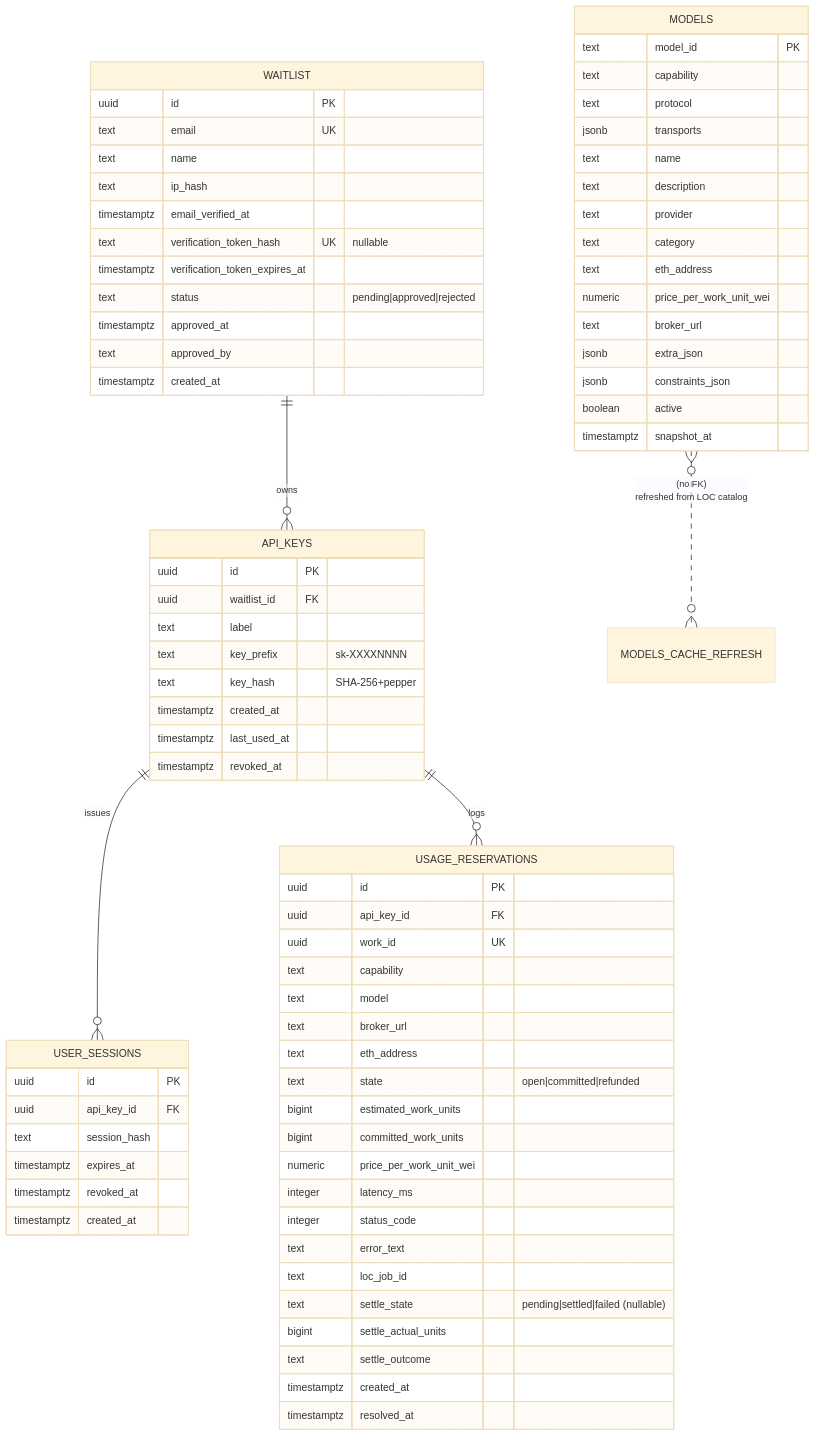
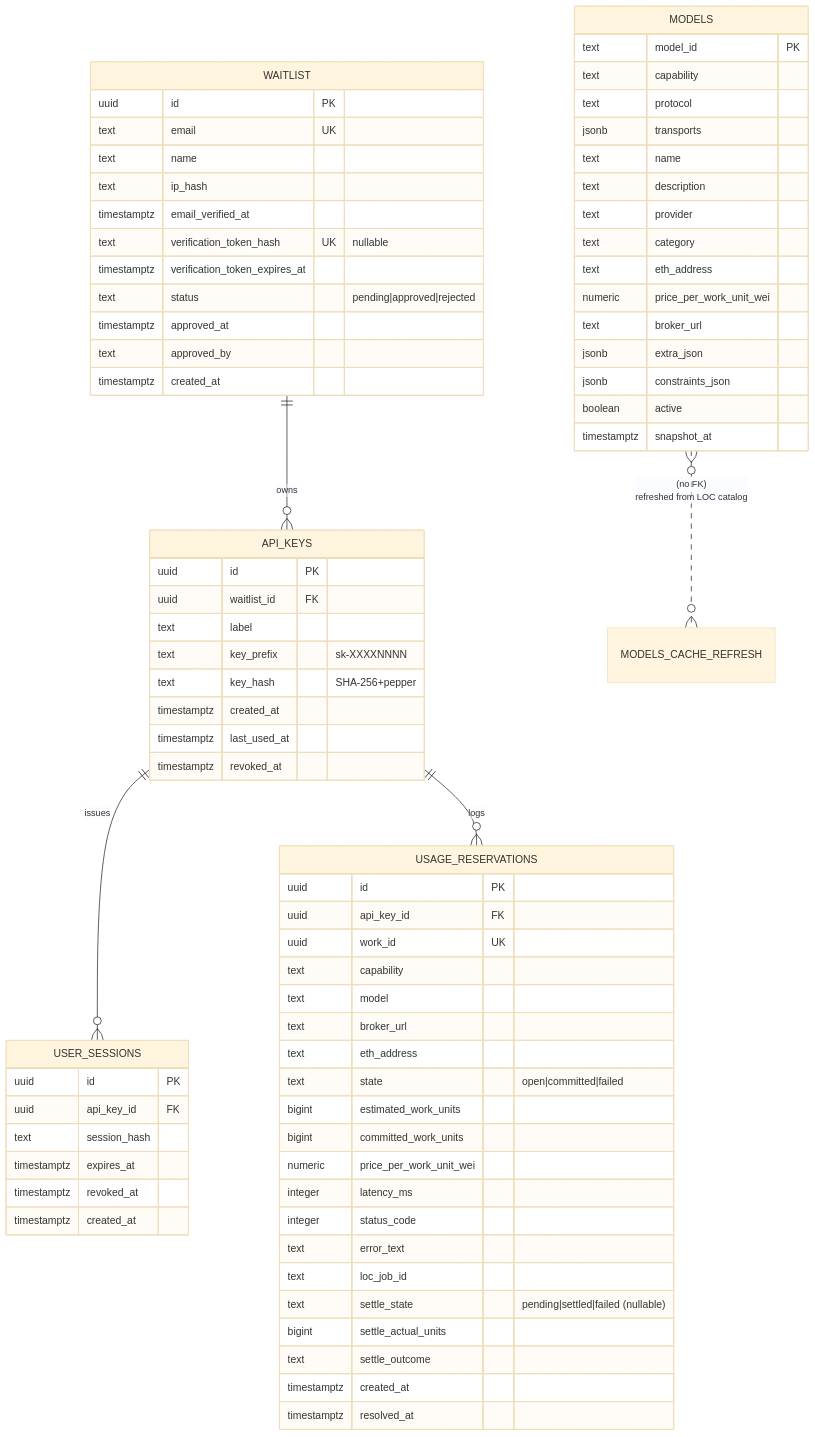
Before and after one commit to Cloud-SPE/livepeer-modules-openai-gateway: the second of 7 diagrams in ARCHITECTURE.md, drawn with Mermaid (base theme). The commit also changed other lines of this file and 22 other files, not shown here.

````diff
--- a/ARCHITECTURE.md
+++ b/ARCHITECTURE.md
@@ -104,82 +104,82 @@
 ```mermaid
 erDiagram
   WAITLIST ||--o{ API_KEYS : "owns"
   API_KEYS ||--o{ USER_SESSIONS : "issues"
   API_KEYS ||--o{ USAGE_RESERVATIONS : "logs"
   MODELS }o..o{ MODELS_CACHE_REFRESH : "(no FK)<br/>refreshed from LOC catalog"
 
   WAITLIST {
     uuid id PK
     text email UK
     text name
     text ip_hash
     timestamptz email_verified_at
     text verification_token_hash UK "nullable"
     timestamptz verification_token_expires_at
     text status "pending|approved|rejected"
     timestamptz approved_at
     text approved_by
     timestamptz created_at
   }
 
   API_KEYS {
     uuid id PK
     uuid waitlist_id FK
     text label
     text key_prefix "sk-XXXXNNNN"
     text key_hash "SHA-256+pepper"
     timestamptz created_at
     timestamptz last_used_at
     timestamptz revoked_at
   }
 
   USER_SESSIONS {
     uuid id PK
     uuid api_key_id FK
     text session_hash
     timestamptz expires_at
     timestamptz revoked_at
     timestamptz created_at
   }
 
   USAGE_RESERVATIONS {
     uuid id PK
     uuid api_key_id FK
     uuid work_id UK
     text capability
     text model
     text broker_url
     text eth_address
-    text state "open|committed|refunded"
+    text state "open|committed|failed"
     bigint estimated_work_units
     bigint committed_work_units
     numeric price_per_work_unit_wei
     integer latency_ms
     integer status_code
     text error_text
     text loc_job_id
     text settle_state "pending|settled|failed (nullable)"
     bigint settle_actual_units
     text settle_outcome
     timestamptz created_at
     timestamptz resolved_at
   }
 
   MODELS {
     text model_id PK
     text capability
     text protocol
     jsonb transports
     text name
     text description
     text provider
     text category
     text eth_address
     numeric price_per_work_unit_wei
     text broker_url
     jsonb extra_json
     jsonb constraints_json
     boolean active
     timestamptz snapshot_at
   }
 ```
````
